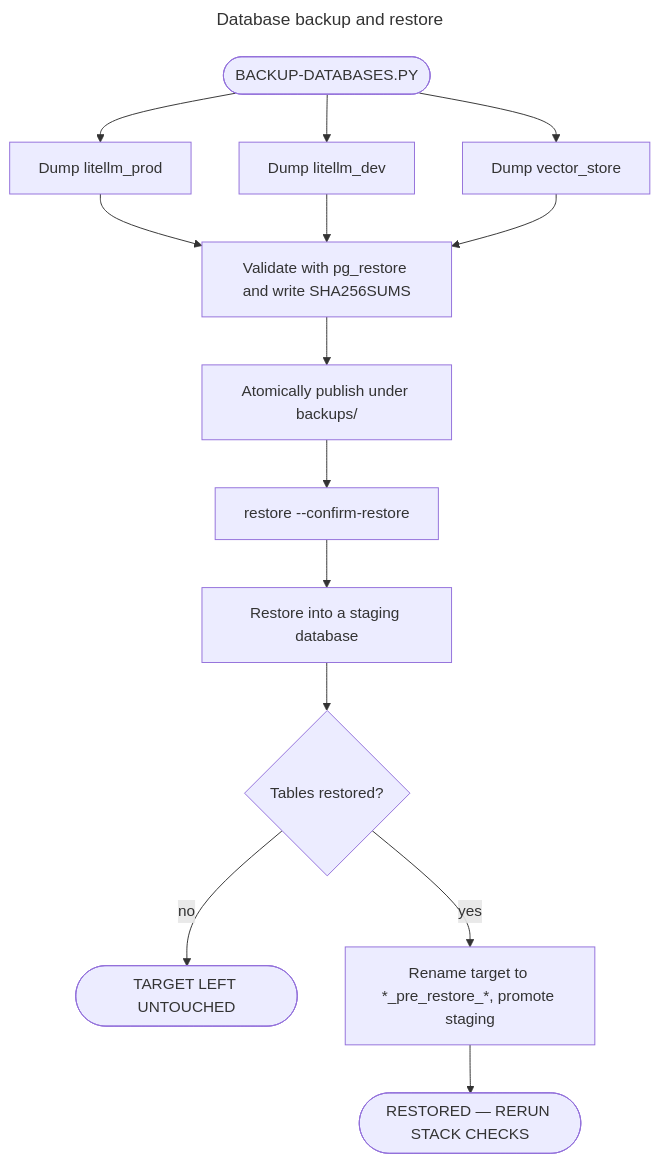
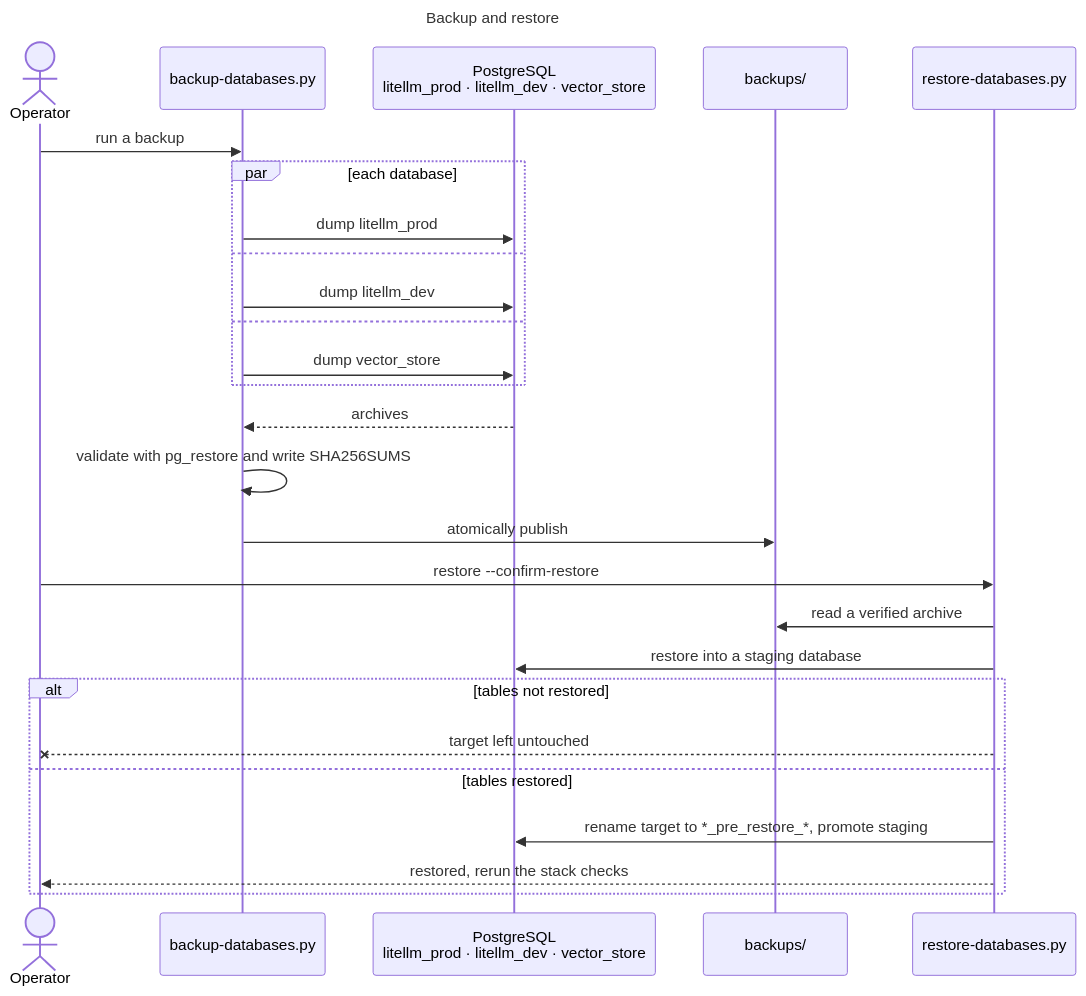
One commit to bella-1337/effective-spoon changed the diagram in diagrams/18-backup-restore-flow.mmd. Above: the diagram before and after it, drawn with Mermaid. The commit also changed 27 other files, not shown here.

First line of the commit message:
Draw the flow diagrams as animated sequence diagrams

```diff
--- a/diagrams/18-backup-restore-flow.mmd
+++ b/diagrams/18-backup-restore-flow.mmd
@@ -1,34 +1,34 @@
 ---
-title: Database backup and restore
+title: Backup and restore
 ---
-flowchart TD
+sequenceDiagram
   %% Source for 18-backup-restore-flow.html. Edit this file, then run ./scripts/render-diagrams.py.
   %% Directives: docs in diagrams/README.md (Updating diagrams).
   %% @subtitle Validated, checksummed backups and a restore that never drops the existing database first
+  %% @type database: PG BK
+  actor OP as Operator
+  participant BS as backup-databases.py
+  participant PG as PostgreSQL<br/>litellm_prod · litellm_dev · vector_store
+  participant BK as backups/
+  participant RS as restore-databases.py
 
-  S(["BACKUP-DATABASES.PY"])
-  P["Dump litellm_prod"]
-  D["Dump litellm_dev"]
-  V["Dump vector_store"]
-  CHK["Validate with pg_restore and write SHA256SUMS"]
-  PUB["Atomically publish under backups/"]
-  RS["restore --confirm-restore"]
-  STG["Restore into a staging database"]
-  TOK{"Tables restored?"}
-  KEEP(["TARGET LEFT UNTOUCHED"])
-  SWAP["Rename target to *_pre_restore_*, promote staging"]
-  E(["RESTORED — RERUN STACK CHECKS"])
-
-  S --> P
-  S --> D
-  S --> V
-  P --> CHK
-  D --> CHK
-  V --> CHK
-  CHK --> PUB
-  PUB --> RS
-  RS --> STG
-  STG --> TOK
-  TOK -->|"no"| KEEP
-  TOK -->|"yes"| SWAP
-  SWAP --> E
+  OP->>BS: run a backup
+  par each database
+    BS->>PG: dump litellm_prod
+  and
+    BS->>PG: dump litellm_dev
+  and
+    BS->>PG: dump vector_store
+  end
+  PG-->>BS: archives
+  BS->>BS: validate with pg_restore and write SHA256SUMS
+  BS->>BK: atomically publish
+  OP->>RS: restore --confirm-restore
+  RS->>BK: read a verified archive
+  RS->>PG: restore into a staging database
+  alt tables not restored
+    RS--xOP: target left untouched
+  else tables restored
+    RS->>PG: rename target to *_pre_restore_*, promote staging
+    RS-->>OP: restored, rerun the stack checks
+  end
```
